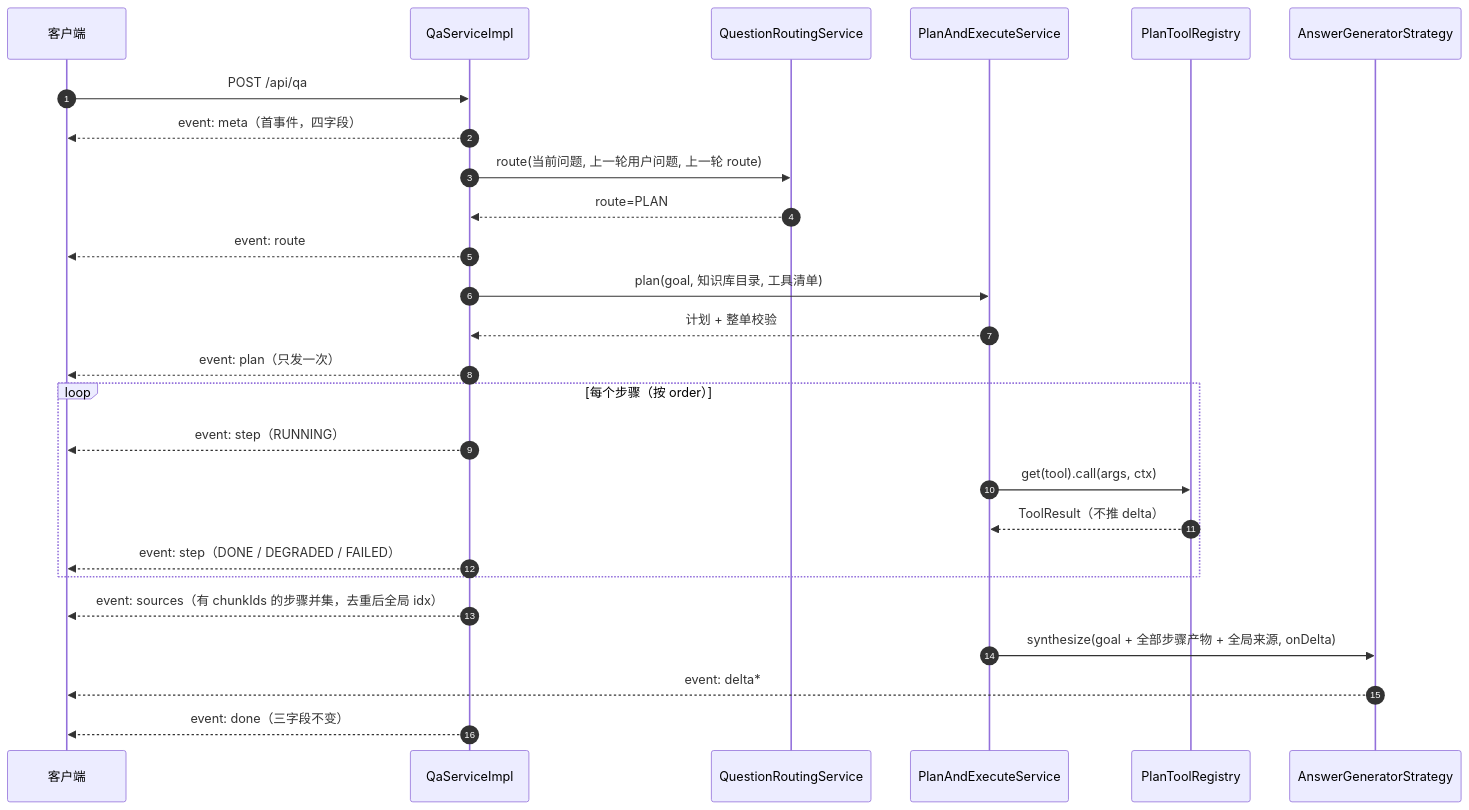
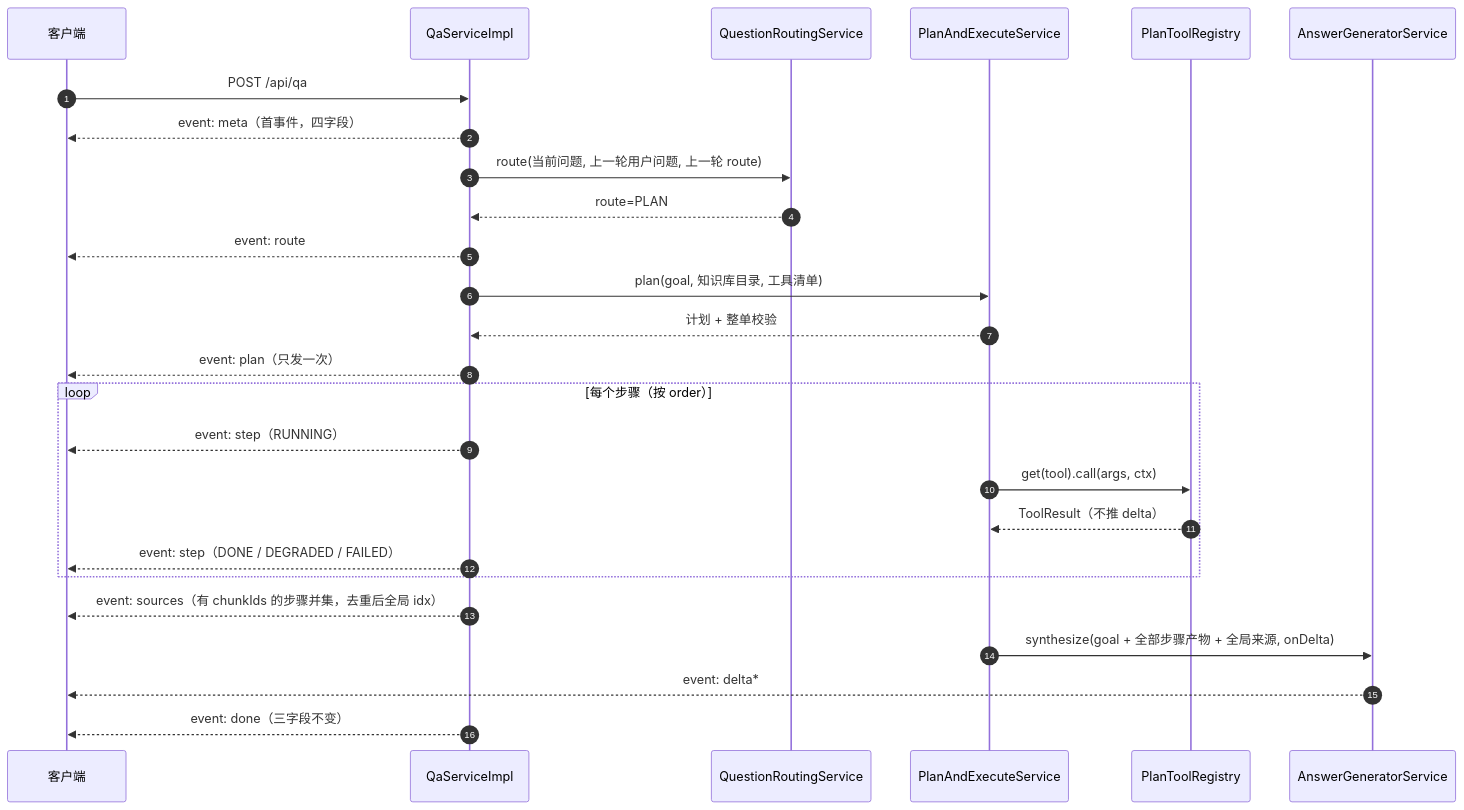
Before and after one commit to weifeixuan/lender-assistant: the second of 4 diagrams in docs/prd/qa-routing-and-plan-execute.md, drawn with Mermaid. The commit also changed other lines of this file and 54 other files, not shown here.

````diff
--- a/docs/prd/qa-routing-and-plan-execute.md
+++ b/docs/prd/qa-routing-and-plan-execute.md
@@ -60,29 +60,29 @@
 ```mermaid
 sequenceDiagram
     autonumber
     participant C as 客户端
     participant Q as QaServiceImpl
     participant R as QuestionRoutingService
     participant P as PlanAndExecuteService
     participant T as PlanToolRegistry
-    participant G as AnswerGeneratorStrategy
+    participant G as AnswerGeneratorService
 
     C->>Q: POST /api/qa
     Q-->>C: event: meta（首事件，四字段）
     Q->>R: route(当前问题, 上一轮用户问题, 上一轮 route)
     R-->>Q: route=PLAN
     Q-->>C: event: route
     Q->>P: plan(goal, 知识库目录, 工具清单)
     P-->>Q: 计划 + 整单校验
     Q-->>C: event: plan（只发一次）
     loop 每个步骤（按 order）
         Q-->>C: event: step（RUNNING）
         P->>T: get(tool).call(args, ctx)
         T-->>P: ToolResult（不推 delta）
         Q-->>C: event: step（DONE / DEGRADED / FAILED）
     end
     Q-->>C: event: sources（有 chunkIds 的步骤并集，去重后全局 idx）
     P->>G: synthesize(goal + 全部步骤产物 + 全局来源, onDelta)
     G-->>C: event: delta*
     Q-->>C: event: done（三字段不变）
 ```
````
